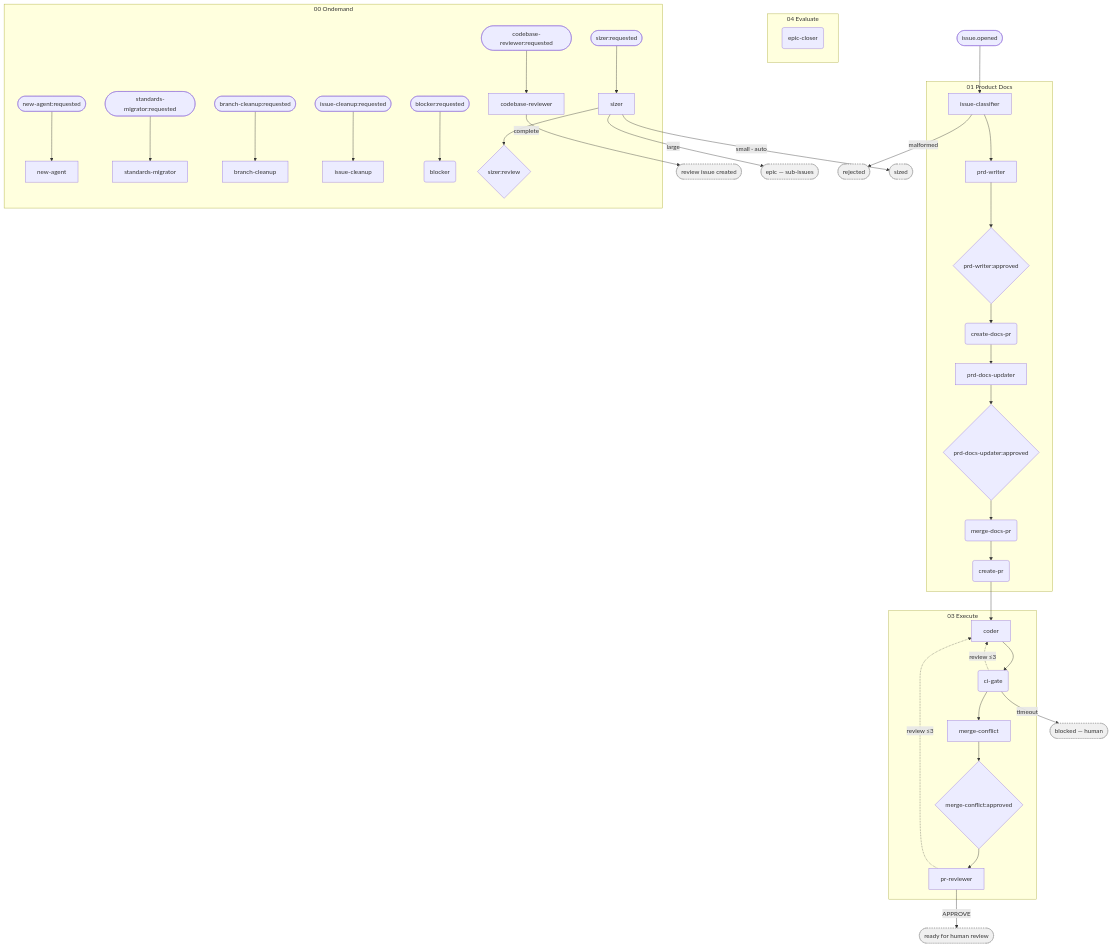
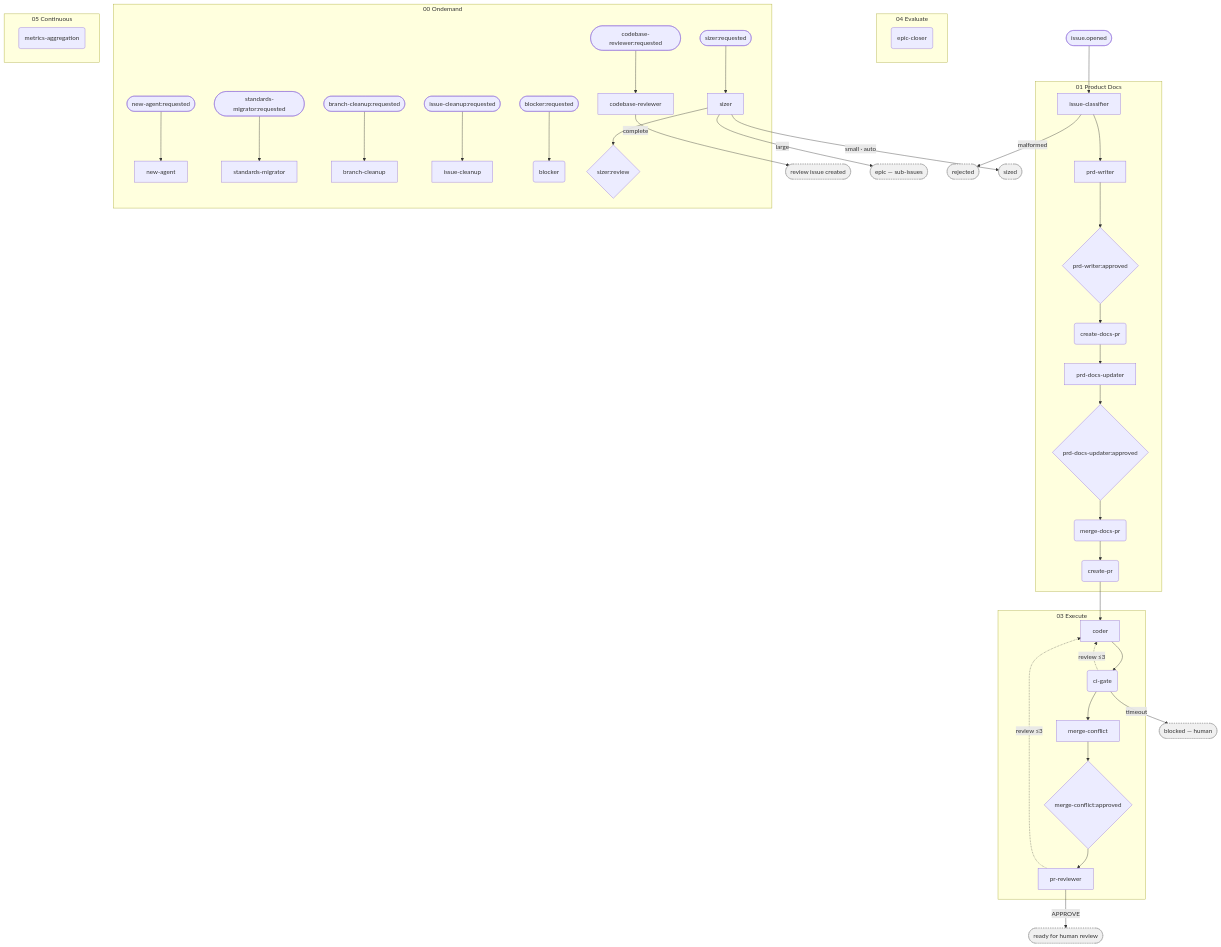
Before and after one commit to M-A-Operating-System/ai-coding-standards2: the diagram in docs/product/orchestrator/generated/pipeline_phases.mmd, drawn with Mermaid. The commit also changed 2 other files, not shown here.

Commit message:
chore: regenerate pipeline diagrams

```diff
--- a/docs/product/orchestrator/generated/pipeline_phases.mmd
+++ b/docs/product/orchestrator/generated/pipeline_phases.mmd
@@ -1,75 +1,78 @@
 flowchart TD
     entry_n_01_product_docs__issue_classifier(["issue.opened"])
     subgraph 01_product_docs["01 Product Docs"]
         n_01_product_docs__issue_classifier["issue-classifier"]
         n_01_product_docs__prd_writer["prd-writer"]
         n_01_product_docs__create_docs_pr("create-docs-pr")
         n_01_product_docs__prd_docs_updater["prd-docs-updater"]
         n_01_product_docs__merge_docs_pr("merge-docs-pr")
         n_01_product_docs__create_pr("create-pr")
         gate__n_01_product_docs__prd_writer{"prd-writer:approved"}
         gate__n_01_product_docs__prd_docs_updater{"prd-docs-updater:approved"}
     end
     subgraph 03_execute["03 Execute"]
         n_03_execute__coder["coder"]
         n_03_execute__ci_gate("ci-gate")
         n_03_execute__merge_conflict["merge-conflict"]
         n_03_execute__pr_reviewer["pr-reviewer"]
         gate__n_03_execute__merge_conflict{"merge-conflict:approved"}
     end
     subgraph 04_evaluate["04 Evaluate"]
         n_04_evaluate__epic_closer("epic-closer")
     end
     subgraph 00_ondemand["00 Ondemand"]
         entry_n_00_ondemand__codebase_reviewer(["codebase-reviewer:requested"])
         entry_n_00_ondemand__sizer(["sizer:requested"])
         entry_n_00_ondemand__new_agent(["new-agent:requested"])
         entry_n_00_ondemand__standards_migrator(["standards-migrator:requested"])
         entry_n_00_ondemand__branch_cleanup(["branch-cleanup:requested"])
         entry_n_00_ondemand__issue_cleanup(["issue-cleanup:requested"])
         entry_n_00_ondemand__blocker(["blocker:requested"])
         n_00_ondemand__codebase_reviewer["codebase-reviewer"]
         n_00_ondemand__sizer["sizer"]
         n_00_ondemand__new_agent["new-agent"]
         n_00_ondemand__standards_migrator["standards-migrator"]
         n_00_ondemand__branch_cleanup["branch-cleanup"]
         n_00_ondemand__issue_cleanup["issue-cleanup"]
         n_00_ondemand__blocker("blocker")
         gate__n_00_ondemand__sizer{"sizer:review"}
     end
+    subgraph 05_continuous["05 Continuous"]
+        n_05_continuous__metrics_aggregation("metrics-aggregation")
+    end
     term_blocked(["blocked — human"]):::term
     term_cr_done(["review issue created"]):::term
     term_epic(["epic — sub-issues"]):::term
     term_ready(["ready for human review"]):::term
     term_rejected(["rejected"]):::term
     term_sized(["sized"]):::term
     entry_n_01_product_docs__issue_classifier --> n_01_product_docs__issue_classifier
     entry_n_00_ondemand__codebase_reviewer --> n_00_ondemand__codebase_reviewer
     entry_n_00_ondemand__sizer --> n_00_ondemand__sizer
     entry_n_00_ondemand__new_agent --> n_00_ondemand__new_agent
     entry_n_00_ondemand__standards_migrator --> n_00_ondemand__standards_migrator
     entry_n_00_ondemand__branch_cleanup --> n_00_ondemand__branch_cleanup
     entry_n_00_ondemand__issue_cleanup --> n_00_ondemand__issue_cleanup
     entry_n_00_ondemand__blocker --> n_00_ondemand__blocker
     n_01_product_docs__prd_writer --> gate__n_01_product_docs__prd_writer
     n_01_product_docs__prd_docs_updater --> gate__n_01_product_docs__prd_docs_updater
     n_03_execute__merge_conflict --> gate__n_03_execute__merge_conflict
     n_00_ondemand__sizer --> gate__n_00_ondemand__sizer
     n_01_product_docs__issue_classifier --> n_01_product_docs__prd_writer
     gate__n_01_product_docs__prd_writer --> n_01_product_docs__create_docs_pr
     n_01_product_docs__create_docs_pr --> n_01_product_docs__prd_docs_updater
     gate__n_01_product_docs__prd_docs_updater --> n_01_product_docs__merge_docs_pr
     n_01_product_docs__merge_docs_pr --> n_01_product_docs__create_pr
     n_01_product_docs__create_pr --> n_03_execute__coder
     n_03_execute__coder --> n_03_execute__ci_gate
     n_03_execute__ci_gate --> n_03_execute__merge_conflict
     gate__n_03_execute__merge_conflict --> n_03_execute__pr_reviewer
     n_03_execute__ci_gate -. review ≤3 .-> n_03_execute__coder
     n_03_execute__pr_reviewer -. review ≤3 .-> n_03_execute__coder
     n_01_product_docs__issue_classifier -->|malformed| term_rejected
     n_03_execute__ci_gate -->|timeout| term_blocked
     n_03_execute__pr_reviewer -->|APPROVE| term_ready
     n_00_ondemand__sizer -->|small · auto| term_sized
     n_00_ondemand__sizer -->|large| term_epic
     n_00_ondemand__codebase_reviewer -->|complete| term_cr_done
     classDef term fill:#f0f0f0,stroke:#999,stroke-dasharray:3
```
